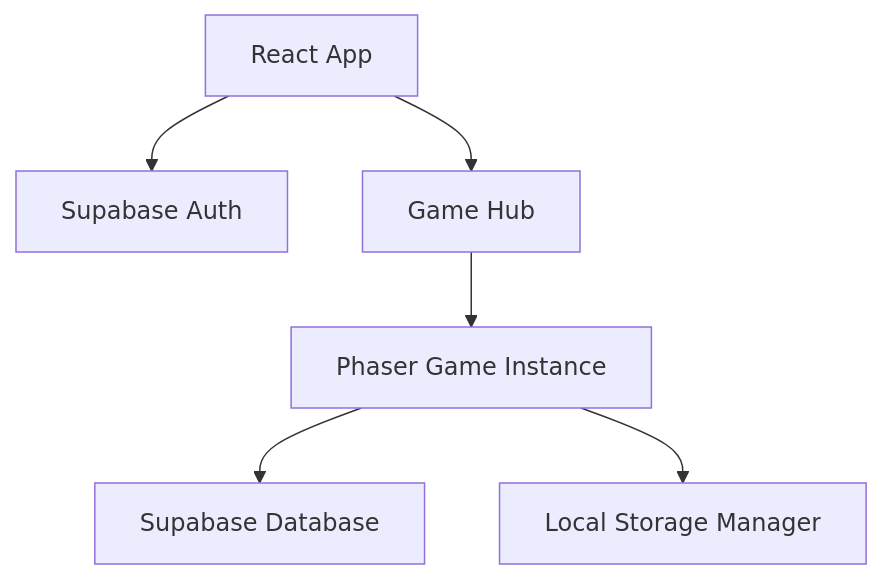
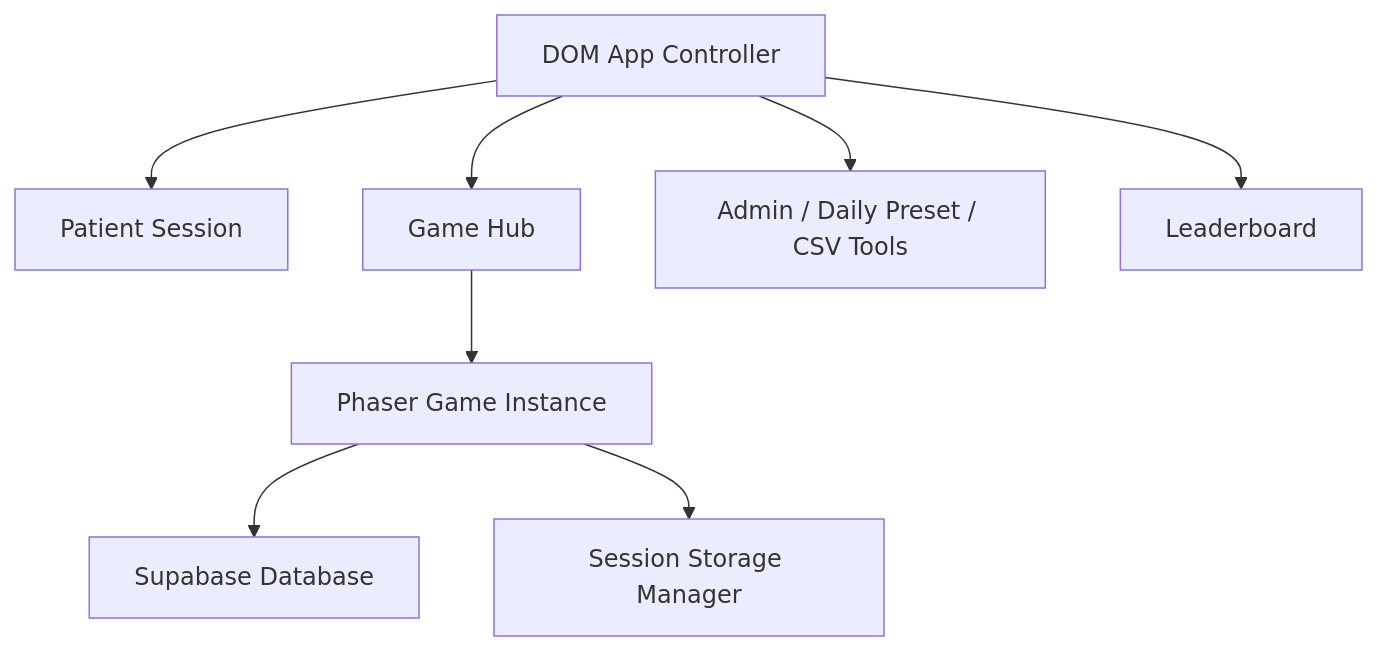
One commit to ChayutChanmueang/mci-cognitive-game-hub-dev-deploy changed the first of 2 diagrams in docs/gdd/00-concept.md. Above: the diagram before and after it, drawn with Mermaid. The commit also changed other lines of this file and 9 other files, not shown here.

````diff
--- a/docs/gdd/00-concept.md
+++ b/docs/gdd/00-concept.md
@@ -44,8 +47,10 @@
 ```mermaid  
     graph TD  
-    App[React App] --> Auth[Supabase Auth]  
+    App[DOM App Controller] --> Session[Patient Session]  
     App --> Hub[Game Hub]  
     Hub --> Phaser[Phaser Game Instance]  
     Phaser --> DB[Supabase Database]  
-    Phaser --> Local[Local Storage Manager]  
+    App --> Tools[Admin / Daily Preset / CSV Tools]
+    App --> Leaderboard[Leaderboard]
+    Phaser --> Local[Session Storage Manager]  
 ```
````
